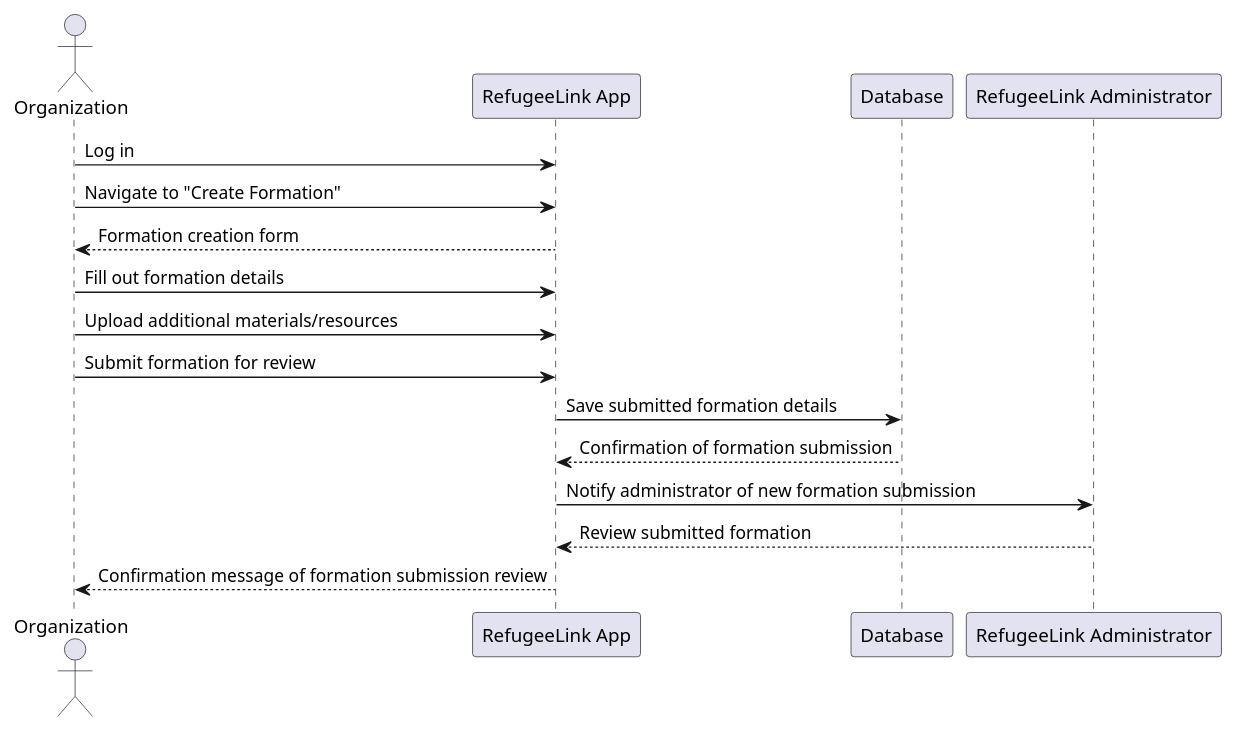
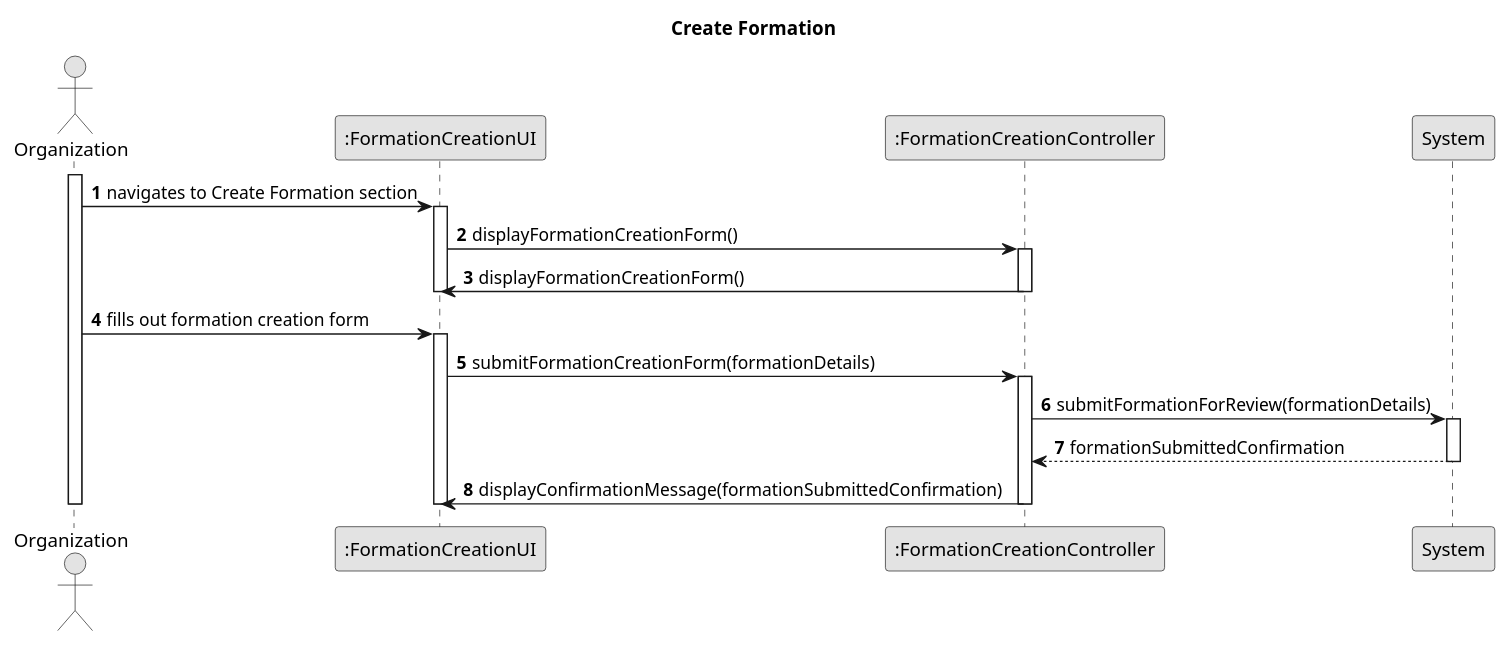
Before and after one commit to kanzodotjava/RefugeeLINK: the diagram in Doc/use-Cases/uc031/sequenceDiagram/sequenceDiagram031.puml, drawn with PlantUML. The commit also changed 25 other files, not shown here.

Commit message:
updates diagrams and a refugee controller

```diff
--- a/Doc/use-Cases/uc031/sequenceDiagram/sequenceDiagram031.puml
+++ b/Doc/use-Cases/uc031/sequenceDiagram/sequenceDiagram031.puml
@@ -1,20 +1,39 @@
 @startuml
+skinparam monochrome true
+skinparam packageStyle rectangle
+skinparam shadowing false
+
+title Create Formation
+
+autonumber
 
 actor Organization
-participant RefugeeLink as "RefugeeLink App"
-participant Database as "Database"
-participant Administrator as "RefugeeLink Administrator"
+participant ":FormationCreationUI" as ui_creation
+participant ":FormationCreationController" as ctrl_creation
+participant "System" as system
 
-Organization -> RefugeeLink: Log in
-Organization -> RefugeeLink: Navigate to "Create Formation"
-RefugeeLink --> Organization: Formation creation form
-Organization -> RefugeeLink: Fill out formation details
-Organization -> RefugeeLink: Upload additional materials/resources
-Organization -> RefugeeLink: Submit formation for review
-RefugeeLink -> Database: Save submitted formation details
-Database --> RefugeeLink: Confirmation of formation submission
-RefugeeLink -> Administrator: Notify administrator of new formation submission
-Administrator --> RefugeeLink: Review submitted formation
-RefugeeLink --> Organization: Confirmation message of formation submission review
+activate Organization
+
+    Organization -> ui_creation : navigates to Create Formation section
+    activate ui_creation
+        ui_creation -> ctrl_creation : displayFormationCreationForm()
+        activate ctrl_creation
+            ctrl_creation -> ui_creation : displayFormationCreationForm()
+        deactivate ctrl_creation
+    deactivate ui_creation
+
+    Organization -> ui_creation : fills out formation creation form
+    activate ui_creation
+        ui_creation -> ctrl_creation : submitFormationCreationForm(formationDetails)
+        activate ctrl_creation
+            ctrl_creation -> system : submitFormationForReview(formationDetails)
+            activate system
+                system --> ctrl_creation : formationSubmittedConfirmation
+            deactivate system
+            ctrl_creation -> ui_creation : displayConfirmationMessage(formationSubmittedConfirmation)
+        deactivate ctrl_creation
+    deactivate ui_creation
+
+deactivate Organization
 
 @enduml
```
